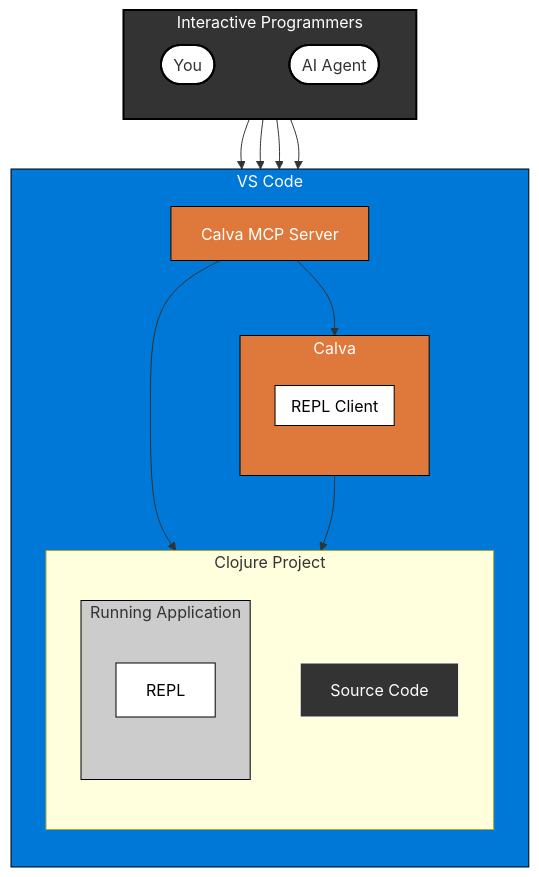
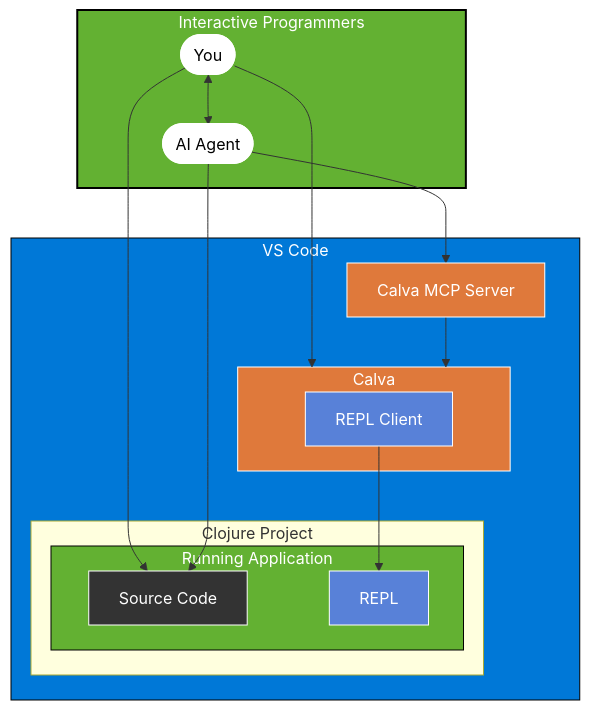
The diagram in README.md (PEZ/calva-mcp-server), drawn with Mermaid before and after one commit.

Commit message:
Improve contrasts

````diff
--- a/README.md
+++ b/README.md
@@ -62,54 +62,50 @@
 ```mermaid
 flowchart TD
     subgraph InteractiveProgrammers["Interactive Programmers"]
-        direction LR
-        User([You]) <--> AI([AI Agent])
+        User([You])
+        AIAgent([AI Agent])
+        User <--> AIAgent
     end
 
     subgraph VSCode["VS Code"]
-        direction TB
-
-        subgraph Calva["Calva"]
-            direction TB
-            subgraph REPLClient["REPL Client"]
-            end
-        end
 
         MCP["Calva MCP Server"]
 
+        subgraph Calva["Calva"]
+            REPLClient["REPL Client"]
+        end
+
         subgraph Project["Clojure Project"]
-            direction TB
-            SourceCode["Source Code"]
 
             subgraph RunningApp["Running Application"]
-                direction TB
+                SourceCode["Source Code"]
                 REPL["REPL"]
             end
         end
     end
 
+    User --> SourceCode
     User --> Calva
-    User --> SourceCode
     REPLClient --> REPL
+    AIAgent --> SourceCode
+    AIAgent --> MCP
     MCP --> Calva
-    MCP --> REPL
-    AI --> MCP
-    AI --> SourceCode
 
-    classDef users fill:#ffffff,stroke:#000000,stroke-width:2px;
-    classDef programmers fill:#333333,stroke:#000000,stroke-width:2px,color:#ffffff;
+    classDef users fill:#ffffff,stroke:#ffffff,stroke-width:2px,color:#000000;
+    classDef programmers fill:#63b132,stroke:#000000,stroke-width:2px,color:#ffffff;
     classDef vscode fill:#0078d7,stroke:#000000,stroke-width:1px,color:#ffffff;
-    classDef calva fill:#df793b,stroke:#000000,stroke-width:1px,color:#ffffff;
+    classDef calva fill:#df793b,stroke:#ffffff,stroke-width:1px,color:#ffffff;
     classDef highlight fill:#ffffff,stroke:#000000,stroke-width:1px,color:#000000;
     classDef dark fill:#333333,stroke:#ffffff,stroke-width:1px,color:#ffffff;
-    classDef secondary fill:#cccccc,stroke:#000000,stroke-width:1px;
+    classDef repl fill:#5881d8,stroke:#ffffff,stroke-width:1px,color:#ffffff;
+    classDef running fill:#63b132,stroke:#000000,stroke-width:1px,color:#ffffff;
 
-    class User,AI users;
+    class User,AIAgent users;
     class VSCode vscode;
     class Calva,MCP calva;
-    class REPLClient highlight;
+    class REPLClient repl;
     class SourceCode dark;
-    class RunningApp secondary;
-    class REPL highlight;
+    class RunningApp running;
+    class REPL repl;
     class InteractiveProgrammers programmers;
 ```
````
